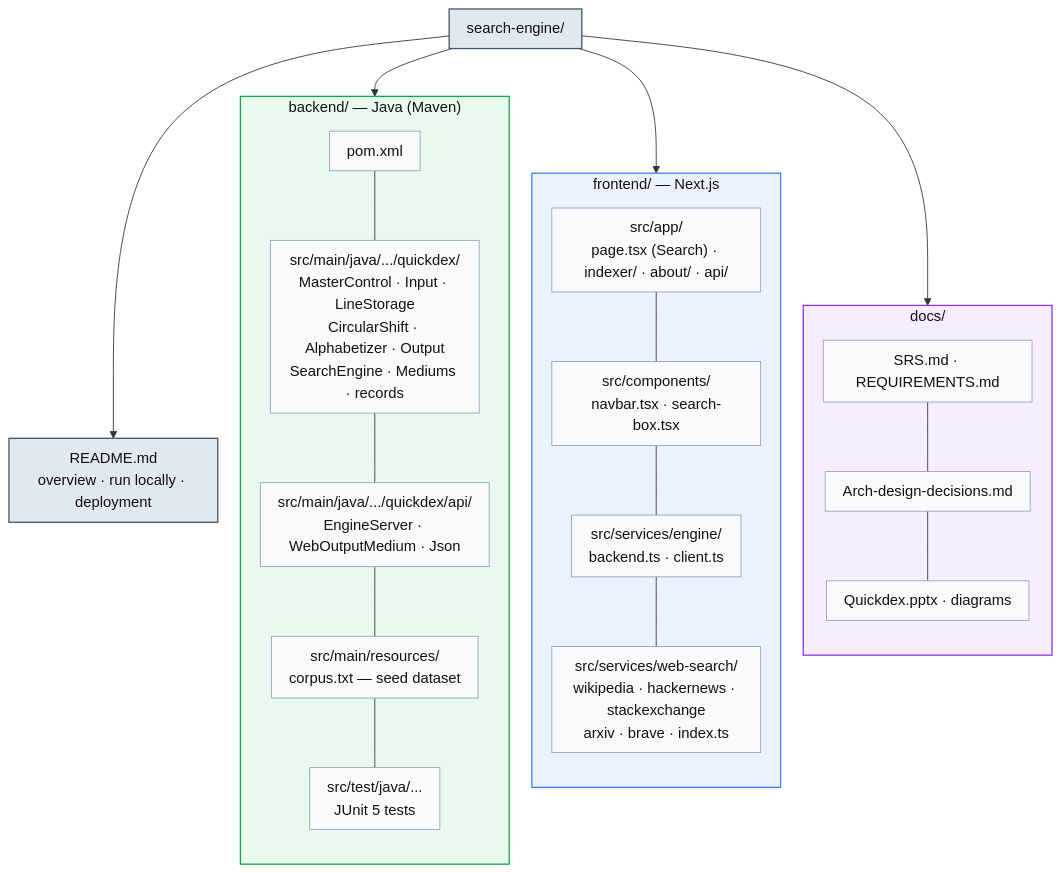
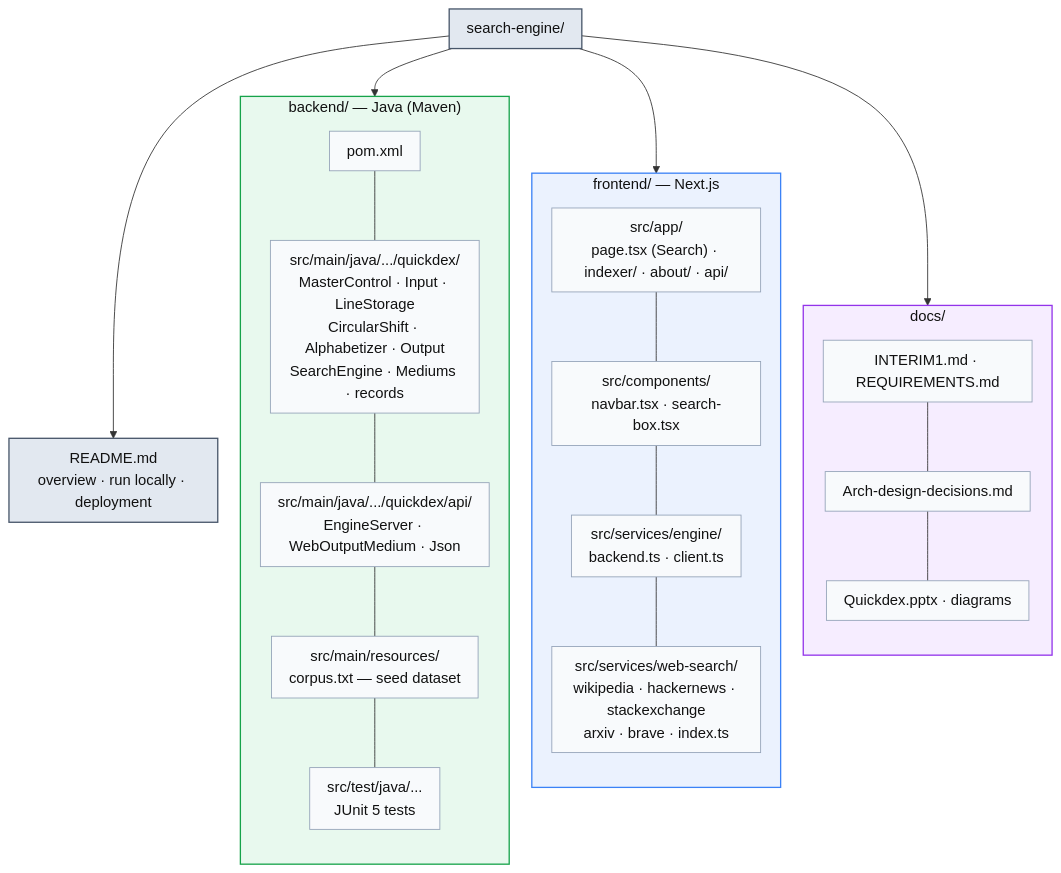
One commit to sinamoghtased/advanced-sw-prjct changed the first of 2 diagrams in search-engine/docs/diagram.md. Above: the diagram before and after it, drawn with Mermaid. The commit also changed 17 other files, not shown here.

Commit message:
Implement Interim I requirements

````diff
--- a/search-engine/docs/diagram.md
+++ b/search-engine/docs/diagram.md
@@ -8,47 +8,47 @@
 ```mermaid
 %%{init: {"themeVariables": {"fontSize": "17px"}, "flowchart": {"curve": "basis", "nodeSpacing": 26, "rankSpacing": 55, "padding": 10}}}%%
 flowchart TB
     ROOT["search-engine/"]
     README["README.md<br/>overview · run locally · deployment"]
 
     ROOT --> README
     ROOT --> BACKEND
     ROOT --> FRONTEND
     ROOT --> DOCS
 
     subgraph BACKEND["backend/ — Java (Maven)"]
         direction TB
         B_POM["pom.xml"]
         B_MAIN["src/main/java/.../quickdex/<br/>MasterControl · Input · LineStorage<br/>CircularShift · Alphabetizer · Output<br/>SearchEngine · Mediums · records"]
         B_API["src/main/java/.../quickdex/api/<br/>EngineServer · WebOutputMedium · Json"]
         B_RES["src/main/resources/<br/>corpus.txt — seed dataset"]
         B_TEST["src/test/java/...<br/>JUnit 5 tests"]
         B_POM --- B_MAIN --- B_API --- B_RES --- B_TEST
     end
 
     subgraph FRONTEND["frontend/ — Next.js"]
         direction TB
         F_APP["src/app/<br/>page.tsx (Search) · indexer/ · about/ · api/"]
         F_COMP["src/components/<br/>navbar.tsx · search-box.tsx"]
         F_SVC_E["src/services/engine/<br/>backend.ts · client.ts"]
         F_SVC_W["src/services/web-search/<br/>wikipedia · hackernews · stackexchange<br/>arxiv · brave · index.ts"]
         F_APP --- F_COMP --- F_SVC_E --- F_SVC_W
     end
 
     subgraph DOCS["docs/"]
         direction TB
-        D1["SRS.md · REQUIREMENTS.md"]
+        D1["INTERIM1.md · REQUIREMENTS.md"]
         D2["Arch-design-decisions.md"]
         D3["Quickdex.pptx · diagrams"]
         D1 --- D2 --- D3
     end
 
     classDef root fill:#e2e8f0,stroke:#475569,stroke-width:1.5px,color:#111
     classDef file fill:#f8fafc,stroke:#94a3b8,stroke-width:1px,color:#111
     class ROOT,README root
     class B_POM,B_MAIN,B_API,B_RES,B_TEST,F_APP,F_COMP,F_SVC_E,F_SVC_W,D1,D2,D3 file
 
     style BACKEND fill:#22c55e1a,stroke:#16a34a,stroke-width:1.5px
     style FRONTEND fill:#3b82f61a,stroke:#3b82f6,stroke-width:1.5px
     style DOCS fill:#a855f71a,stroke:#9333ea,stroke-width:1.5px
 ```
````
